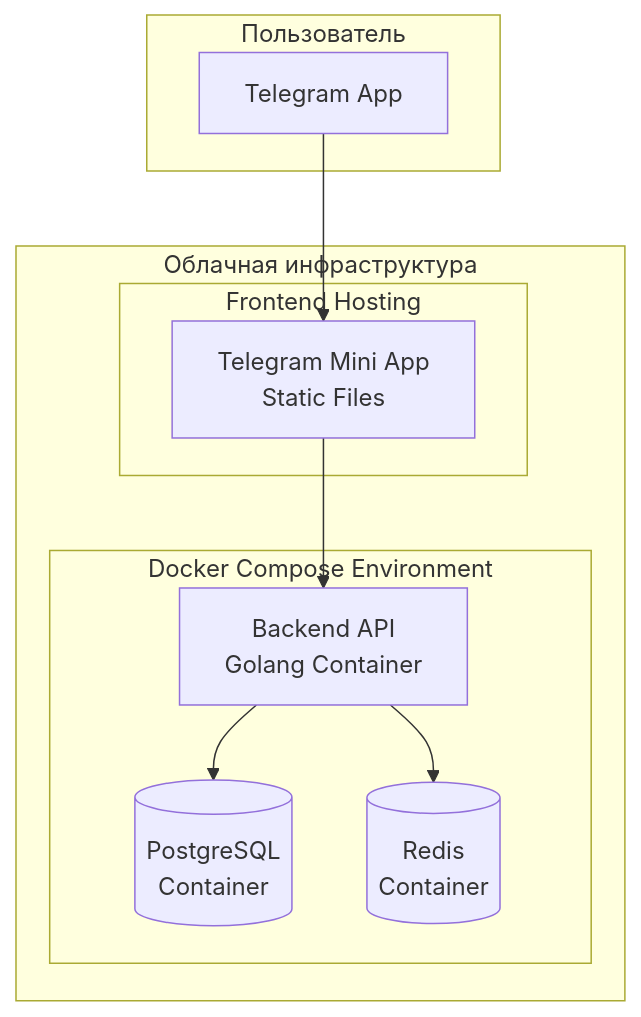
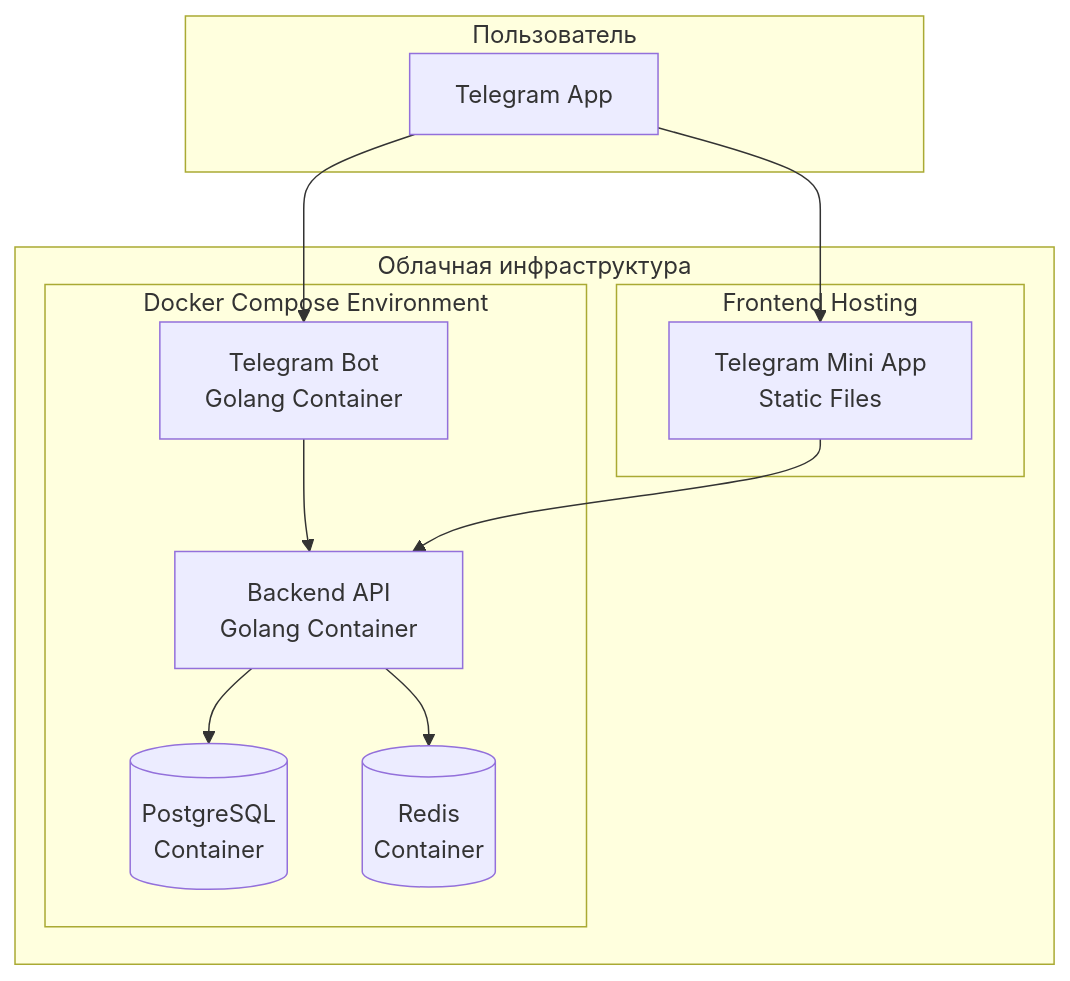
One commit to dpetrakov/shard_legends changed the second of 3 diagrams in docs/architecture/architecture.md. Above: the diagram before and after it, drawn with Mermaid. The commit also changed other lines of this file and 24 other files, not shown here.

First line of the commit message:
feat: добавить сервис Telegram Bot и обновить конфигурацию для работы с ним

````diff
--- a/docs/architecture/architecture.md
+++ b/docs/architecture/architecture.md
@@ -107,24 +125,27 @@
 ```mermaid
 graph TB
     subgraph "Пользователь"
         TG[Telegram App]
     end
     
     subgraph "Облачная инфраструктура"
         subgraph "Frontend Hosting"
             TMA[Telegram Mini App<br/>Static Files]
         end
         
         subgraph "Docker Compose Environment"
+            BOT[Telegram Bot<br/>Golang Container]
             API[Backend API<br/>Golang Container]
             DB[(PostgreSQL<br/>Container)]
             CACHE[(Redis<br/>Container)]
             
+            BOT --> API
             API --> DB
             API --> CACHE
         end
     end
     
+    TG --> BOT
     TG --> TMA
     TMA --> API
 ```
````
